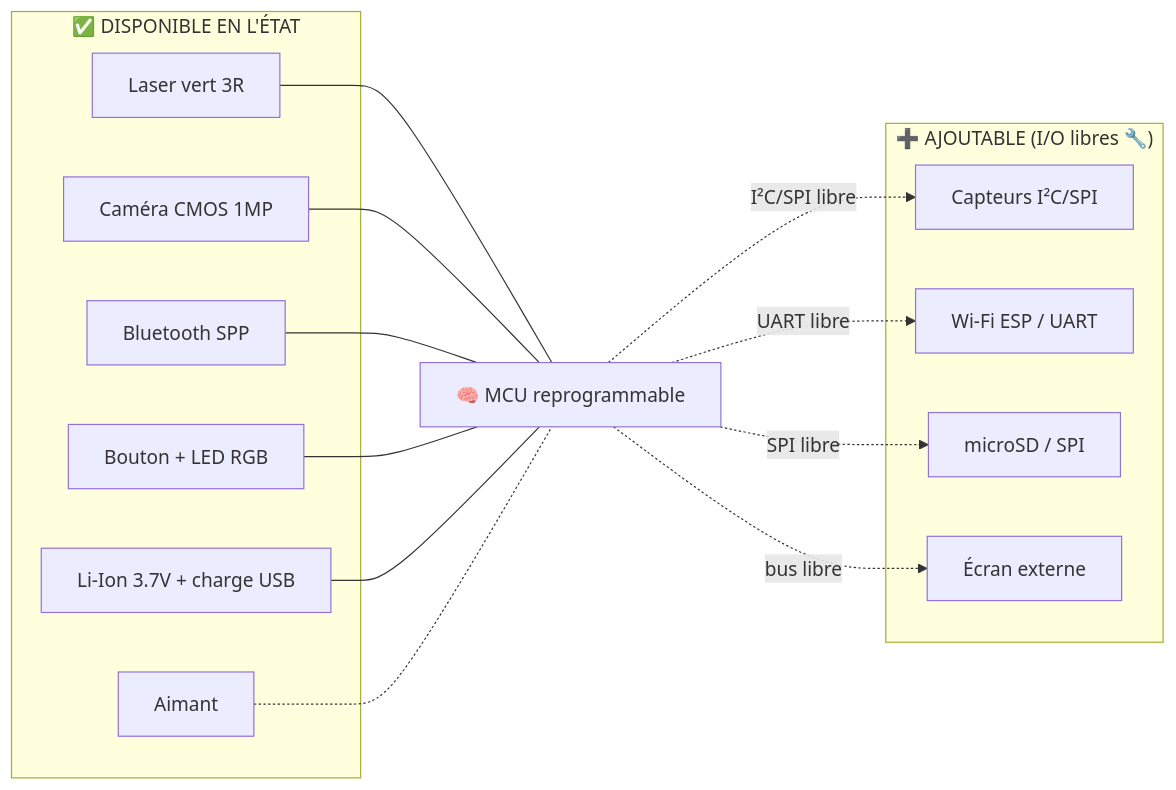
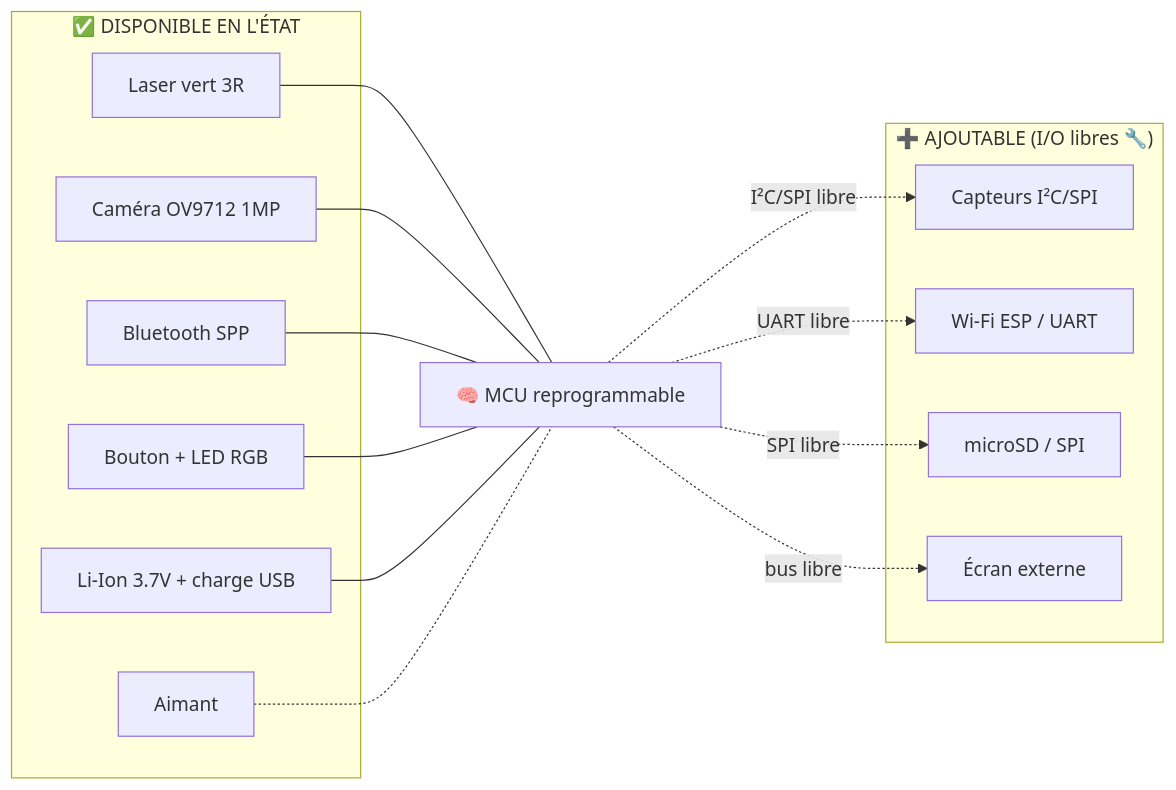
One commit to Virgile-Eratel/concoursNatoYnov2026 changed the second of 2 diagrams in DOSSIER_RETRO-INGENIERIE.md. Above: the diagram before and after it, drawn with Mermaid. The commit also changed other lines of this file, not shown here.

````diff
--- a/DOSSIER_RETRO-INGENIERIE.md
+++ b/DOSSIER_RETRO-INGENIERIE.md
@@ -206,28 +207,28 @@
 ```mermaid
 flowchart LR
     subgraph EXIST["✅ DISPONIBLE EN L'ÉTAT"]
         L[Laser vert 3R]
-        C[Caméra CMOS 1MP]
+        C[Caméra OV9712 1MP]
         B[Bluetooth SPP]
         BT2[Bouton + LED RGB]
         BA[Li-Ion 3.7V + charge USB]
         M[Aimant]
     end
     MCUx[🧠 MCU reprogrammable]
     L --- MCUx
     C --- MCUx
     B --- MCUx
     BT2 --- MCUx
     BA --- MCUx
     M -.- MCUx
     subgraph ADD["➕ AJOUTABLE (I/O libres 🔧)"]
         I2C[Capteurs I²C/SPI]
         WIFI[Wi-Fi ESP / UART]
         SD[microSD / SPI]
         SCR[Écran externe]
     end
     MCUx -. UART libre .-> WIFI
     MCUx -. I²C/SPI libre .-> I2C
     MCUx -. SPI libre .-> SD
     MCUx -. bus libre .-> SCR
 ```
````
